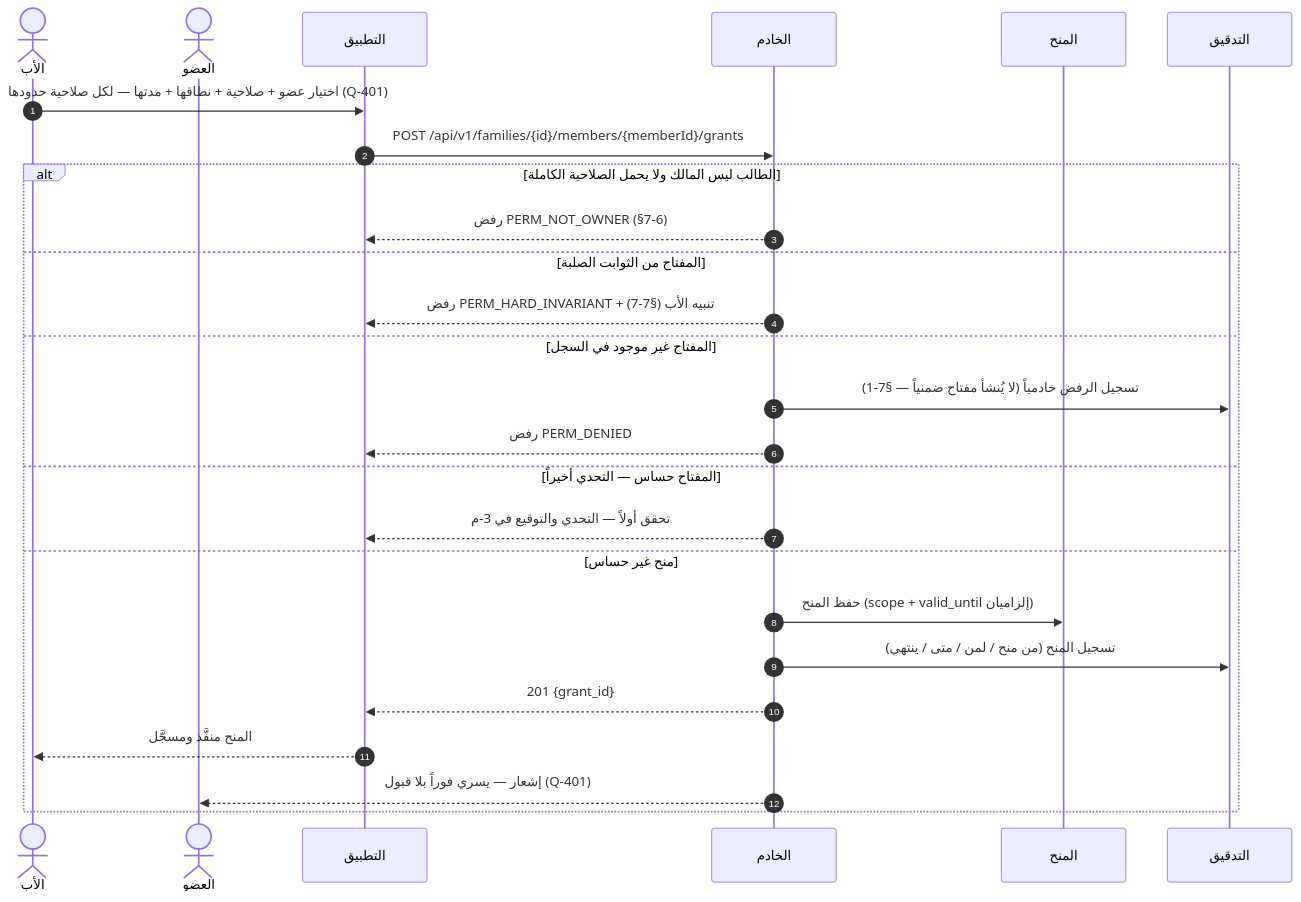
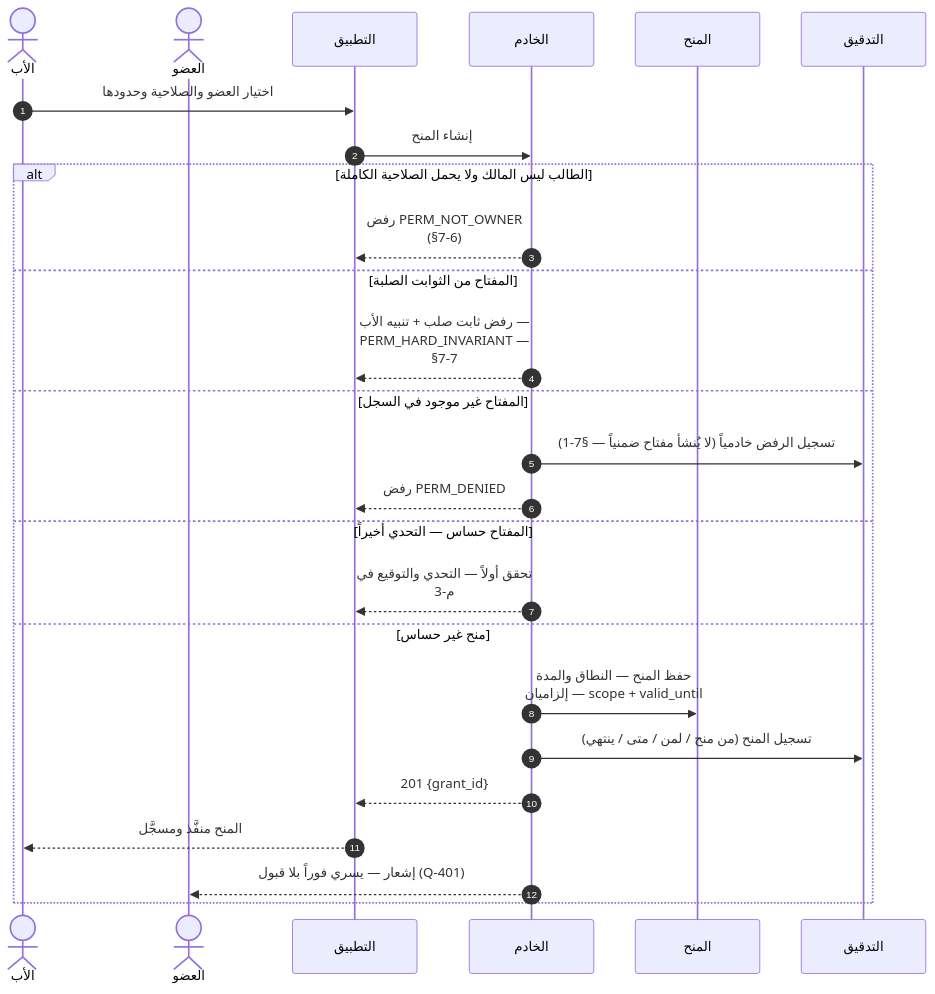
The sixth of 39 diagrams in docs/family-os/governance/phases/phase-1/S1-03-family-roles-and-permissions/DIAGRAMS.md (Bassam-mohammed-alqaeadi/family-os-v2), drawn with Mermaid before and after one commit. The commit also changed other lines of this file, not shown here.

````diff
--- a/docs/family-os/governance/phases/phase-1/S1-03-family-roles-and-permissions/DIAGRAMS.md
+++ b/docs/family-os/governance/phases/phase-1/S1-03-family-roles-and-permissions/DIAGRAMS.md
@@ -306,28 +326,29 @@
 ```mermaid
+%%{init: {"sequence": {"wrap": true}}}%%
 sequenceDiagram
     autonumber
     actor Father as الأب
     actor Member as العضو
     participant App as التطبيق
     participant Ktor as الخادم
     participant Grants as المنح
     participant Audit as التدقيق
-    Father->>App: اختيار عضو + صلاحية + نطاقها + مدتها — لكل صلاحية حدودها (Q-401)
-    App->>Ktor: POST /api/v1/families/{id}/members/{memberId}/grants
+    Father->>App: اختيار العضو والصلاحية وحدودها
+    App->>Ktor: إنشاء المنح
     alt الطالب ليس المالك ولا يحمل الصلاحية الكاملة
         Ktor-->>App: رفض PERM_NOT_OWNER (§7-6)
     else المفتاح من الثوابت الصلبة
-        Ktor-->>App: رفض PERM_HARD_INVARIANT + تنبيه الأب (§7-7)
+        Ktor-->>App: رفض ثابت صلب + تنبيه الأب — PERM_HARD_INVARIANT — §7-7
     else المفتاح غير موجود في السجل
         Ktor->>Audit: تسجيل الرفض خادمياً (لا يُنشأ مفتاح ضمنياً — §7-1)
         Ktor-->>App: رفض PERM_DENIED
     else المفتاح حساس — التحدي أخيراً
         Ktor-->>App: تحقق أولاً — التحدي والتوقيع في 3-م
     else منح غير حساس
-        Ktor->>Grants: حفظ المنح (scope + valid_until إلزاميان)
+        Ktor->>Grants: حفظ المنح — النطاق والمدة إلزاميان — scope + valid_until
         Ktor->>Audit: تسجيل المنح (من منح / لمن / متى / ينتهي)
         Ktor-->>App: 201 {grant_id}
         App-->>Father: المنح منفَّذ ومسجَّل
         Ktor-->>Member: إشعار — يسري فوراً بلا قبول (Q-401)
     end
 ```
````
